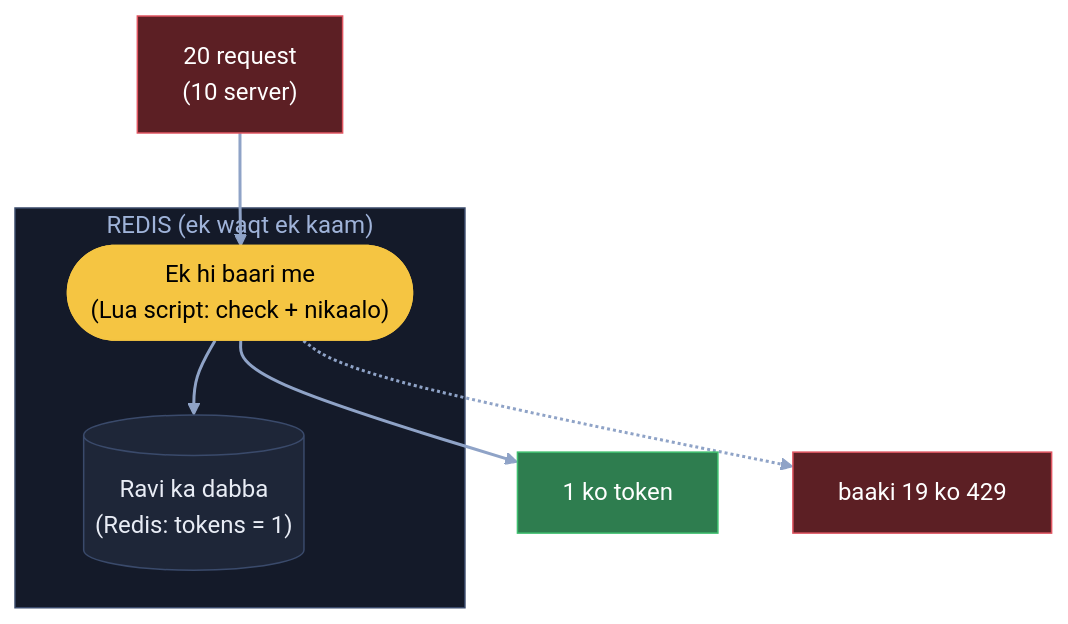
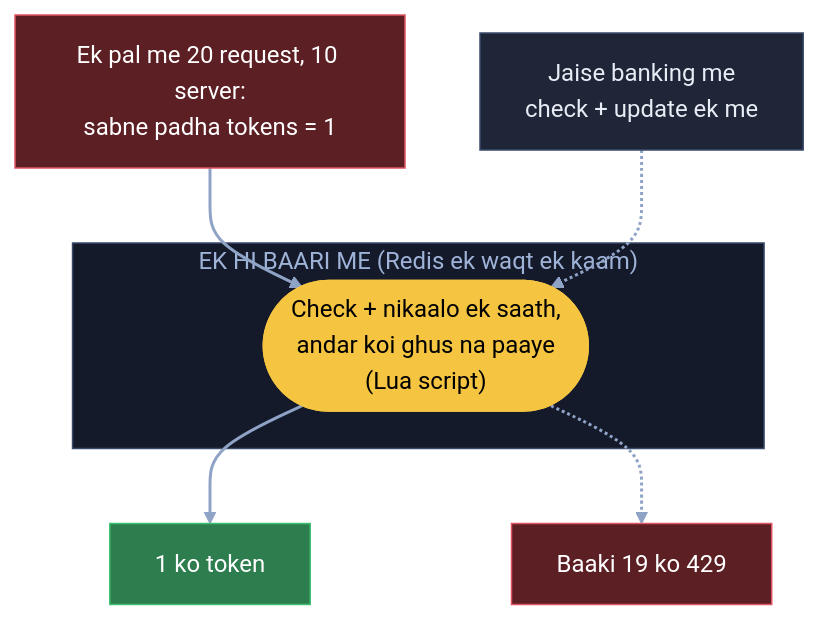
Before and after one commit to ArpanMaheshwari144/Prep: the fourth of 10 diagrams in 04_HLD/SYSTEM_DESIGNS/02_rate_limiter/02_rate_limiter.md, drawn with Mermaid (forest theme). The commit also changed other lines of this file, not shown here.

Commit message:
Rate limiter: 10 diagram hand notes ke shabdon se (K1 naya), K3 me apni jodi line hatai

````diff
--- a/04_HLD/SYSTEM_DESIGNS/02_rate_limiter/02_rate_limiter.md
+++ b/04_HLD/SYSTEM_DESIGNS/02_rate_limiter/02_rate_limiter.md
@@ -108,20 +128,20 @@
 ```mermaid
 flowchart TB
-    S["20 request<br/>(10 server)"]:::bad
-    subgraph RD["REDIS (ek waqt ek kaam)"]
-        L(["Ek hi baari me<br/>(Lua script: check + nikaalo)"]):::pill
-        R[("Ravi ka dabba<br/>(Redis: tokens = 1)")]:::card
+    S1["Ek pal me 20 request, 10 server:<br/>sabne padha tokens = 1"]:::bad
+    subgraph EB["EK HI BAARI ME (Redis ek waqt ek kaam)"]
+        L(["Check + nikaalo ek saath,<br/>andar koi ghus na paaye<br/>(Lua script)"]):::pill
     end
+    B["Jaise banking me<br/>check + update ek me"]:::card
     OK["1 ko token"]:::good
-    X["baaki 19 ko 429"]:::bad
-    S --> L
-    L --> R
+    X["Baaki 19 ko 429"]:::bad
+    S1 --> L
+    B -.-> L
     L --> OK
     L -.-> X
     linkStyle default stroke:#8fa3c7,stroke-width:2px
     classDef card fill:#1e2638,stroke:#3a4a6b,color:#e8ecf5
     classDef pill fill:#f5c542,stroke:#f5c542,color:#000
     classDef good fill:#2e7d4f,stroke:#3fbf6f,color:#fff
     classDef bad fill:#5c1f24,stroke:#e05561,color:#fff
-    style RD fill:#141a29,stroke:#3a4a6b,color:#9fb3d9
+    style EB fill:#141a29,stroke:#3a4a6b,color:#9fb3d9
 ```
````
